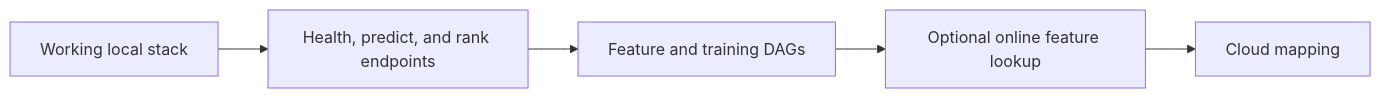
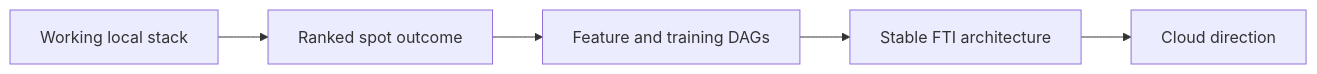
The diagram in docs/site/milestones/ms3.md (javihslu/foehncast), drawn with Mermaid before and after one commit. The commit also changed other lines of this file and 9 other files, not shown here.

```diff
--- a/docs/site/milestones/ms3.md
+++ b/docs/site/milestones/ms3.md
@@ -9,7 +9,7 @@
 <div class="mermaid">
 flowchart LR
-  A[Working local stack] --> B[Health, predict, and rank endpoints]
+  A[Working local stack] --> B[Ranked spot outcome]
   B --> C[Feature and training DAGs]
-  C --> D[Optional online feature lookup]
-  D --> E[Cloud mapping]
+  C --> D[Stable FTI architecture]
+  D --> E[Cloud direction]
 </div>
```
